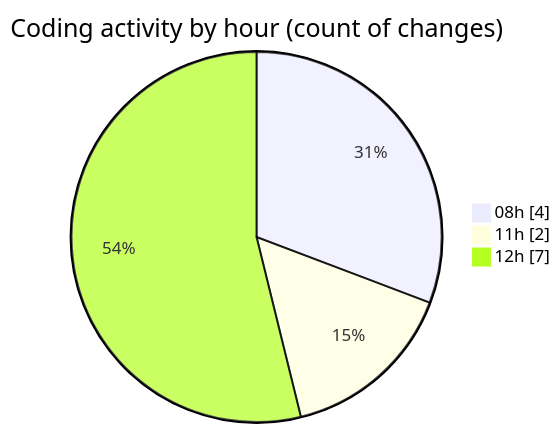
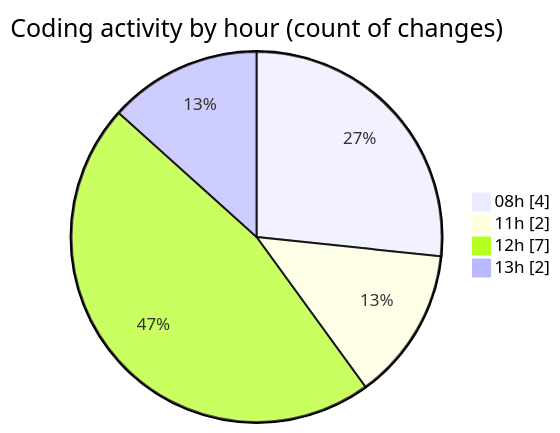
The second of 2 diagrams in 2026-03-03/cilreports__workspace_/README.md (ricardozamudiocil/code-tracking), drawn with Mermaid before and after one commit. The commit also changed other lines of this file and 1 other file, not shown here.

````diff
--- a/2026-03-03/cilreports__workspace_/README.md
+++ b/2026-03-03/cilreports__workspace_/README.md
@@ -36,7 +36,8 @@
 ```mermaid
 pie showData
 title Coding activity by hour (count of changes)
 "08h" : 4
 "11h" : 2
 "12h" : 7
+"13h" : 2
 ```
````
